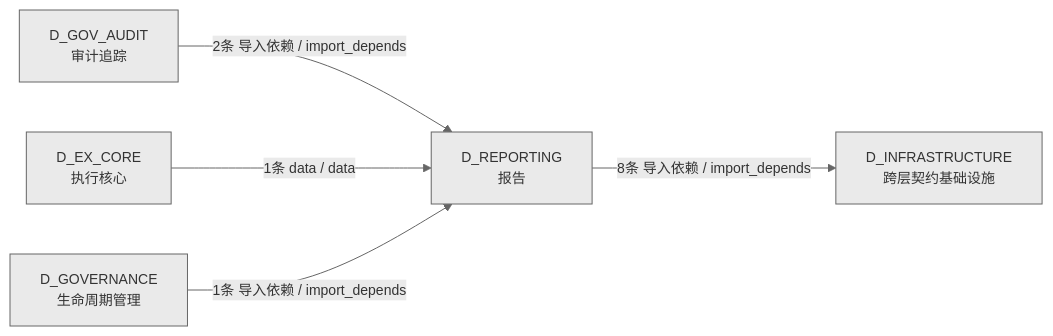
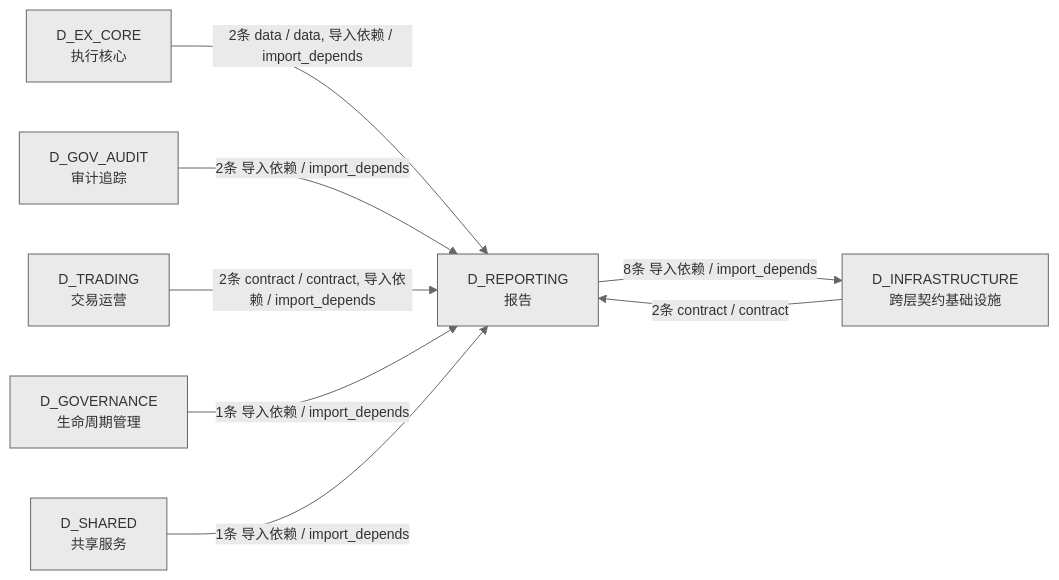
One commit to xuanFelixVan/ZephyrAlpha changed the fourth of 4 diagrams in docs/02_enterprise_architecture/02_domain_architecture_docs/26_d_reporting.md. Above: the diagram before and after it, drawn with Mermaid. The commit also changed other lines of this file and 46 other files, not shown here.

````diff
--- a/docs/02_enterprise_architecture/02_domain_architecture_docs/26_d_reporting.md
+++ b/docs/02_enterprise_architecture/02_domain_architecture_docs/26_d_reporting.md
@@ -198,13 +210,18 @@
 ```mermaid
 %%{init: {'theme': 'base', 'themeVariables': {'primaryColor': '#eaeaea', 'primaryTextColor': '#333333', 'primaryBorderColor': '#666666', 'lineColor': '#666666', 'secondaryColor': '#eaeaea', 'tertiaryColor': '#eaeaea', 'fontSize': '14px'}}}%%
 graph LR
     D_REPORTING["D_REPORTING<br/>报告"]
     D_INFRASTRUCTURE["D_INFRASTRUCTURE<br/>跨层契约基础设施"]
+    D_EX_CORE["D_EX_CORE<br/>执行核心"]
     D_GOV_AUDIT["D_GOV_AUDIT<br/>审计追踪"]
-    D_EX_CORE["D_EX_CORE<br/>执行核心"]
+    D_TRADING["D_TRADING<br/>交易运营"]
     D_GOVERNANCE["D_GOVERNANCE<br/>生命周期管理"]
+    D_SHARED["D_SHARED<br/>共享服务"]
     D_REPORTING -->|8条 导入依赖 / import_depends| D_INFRASTRUCTURE
+    D_EX_CORE -->|2条 data / data, 导入依赖 / import_depends| D_REPORTING
     D_GOV_AUDIT -->|2条 导入依赖 / import_depends| D_REPORTING
-    D_EX_CORE -->|1条 data / data| D_REPORTING
+    D_INFRASTRUCTURE -->|2条 contract / contract| D_REPORTING
+    D_TRADING -->|2条 contract / contract, 导入依赖 / import_depends| D_REPORTING
     D_GOVERNANCE -->|1条 导入依赖 / import_depends| D_REPORTING
+    D_SHARED -->|1条 导入依赖 / import_depends| D_REPORTING
 ```
````
